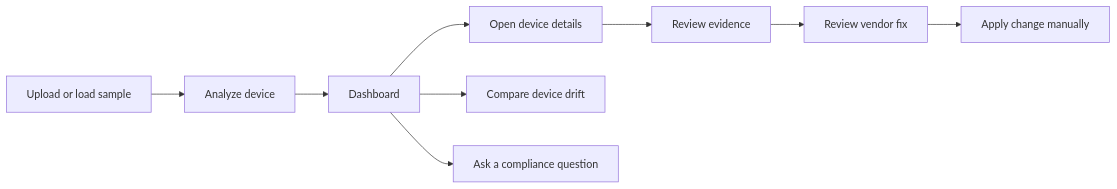
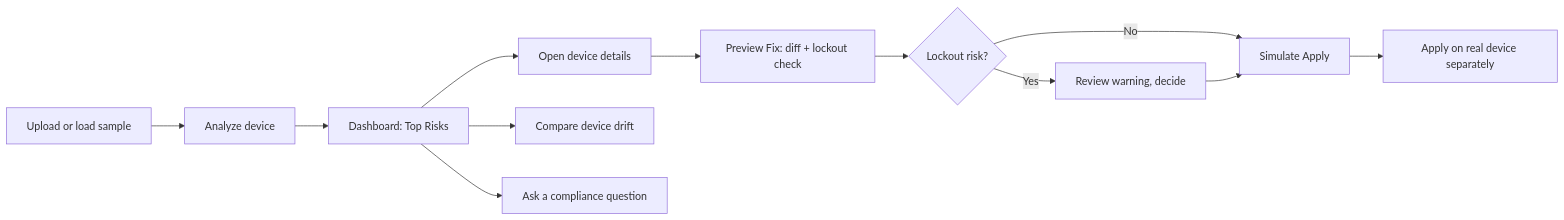
Before and after one commit to Nitin-1947/prototype: the fourth of 4 diagrams in README.md, drawn with Mermaid. The commit also changed other lines of this file, not shown here.

````diff
--- a/README.md
+++ b/README.md
@@ -95,11 +169,14 @@
 ```mermaid
 flowchart LR
    A[Upload or load sample] --> B[Analyze device]
-   B --> C[Dashboard]
+   B --> C[Dashboard: Top Risks]
    C --> D[Open device details]
    C --> E[Compare device drift]
    C --> F[Ask a compliance question]
-   D --> G[Review evidence]
-   G --> H[Review vendor fix]
-   H --> I[Apply change manually]
+   D --> G[Preview Fix: diff + lockout check]
+   G --> H{Lockout risk?}
+   H -->|Yes| I[Review warning, decide]
+   H -->|No| J[Simulate Apply]
+   I --> J
+   J --> K[Apply on real device separately]
 ```
````
